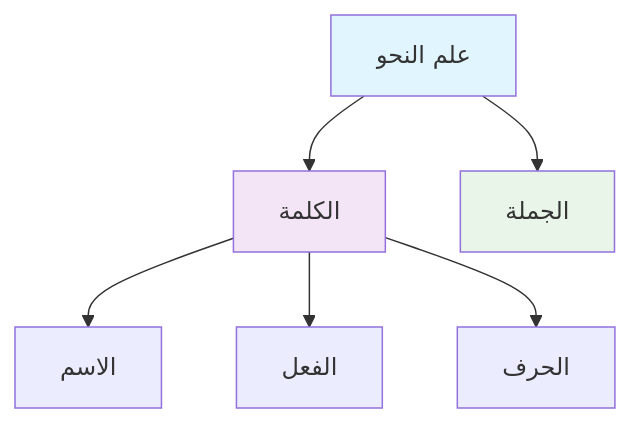
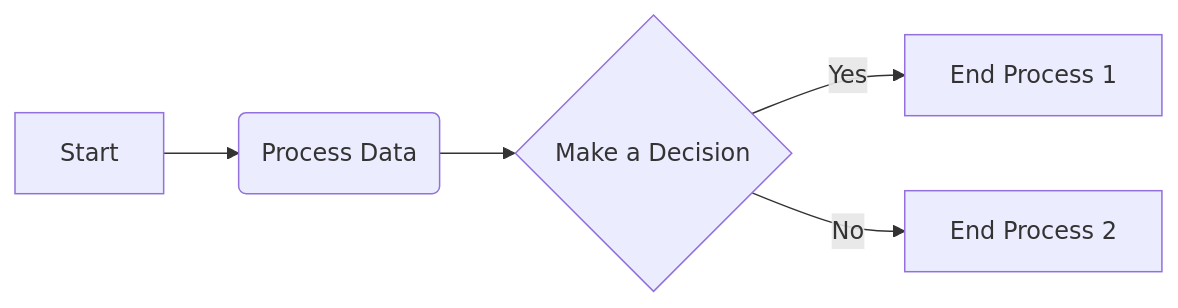
Before and after one commit to dedenku/docusaurus-book-template: the first of 4 diagrams in docs/useful-tools-plugins/1-mermaid.mdx, drawn with Mermaid. The commit also changed other lines of this file and 10 other files, not shown here.

````diff
--- a/docs/useful-tools-plugins/1-mermaid.mdx
+++ b/docs/useful-tools-plugins/1-mermaid.mdx
@@ -11,12 +60,7 @@
 ```mermaid
-graph TD
-    A[علم النحو] --> B[الكلمة]
-    A --> C[الجملة]
-    B --> D[الاسم]
-    B --> E[الفعل]
-    B --> F[الحرف]
-    
-    style A fill:#e1f5fe
-    style B fill:#f3e5f5
-    style C fill:#e8f5e8
+graph LR
+    A[Start] --> B(Process Data)
+    B --> C{Make a Decision}
+    C -->|Yes| D[End Process 1]
+    C -->|No| E[End Process 2]
 ```
````
